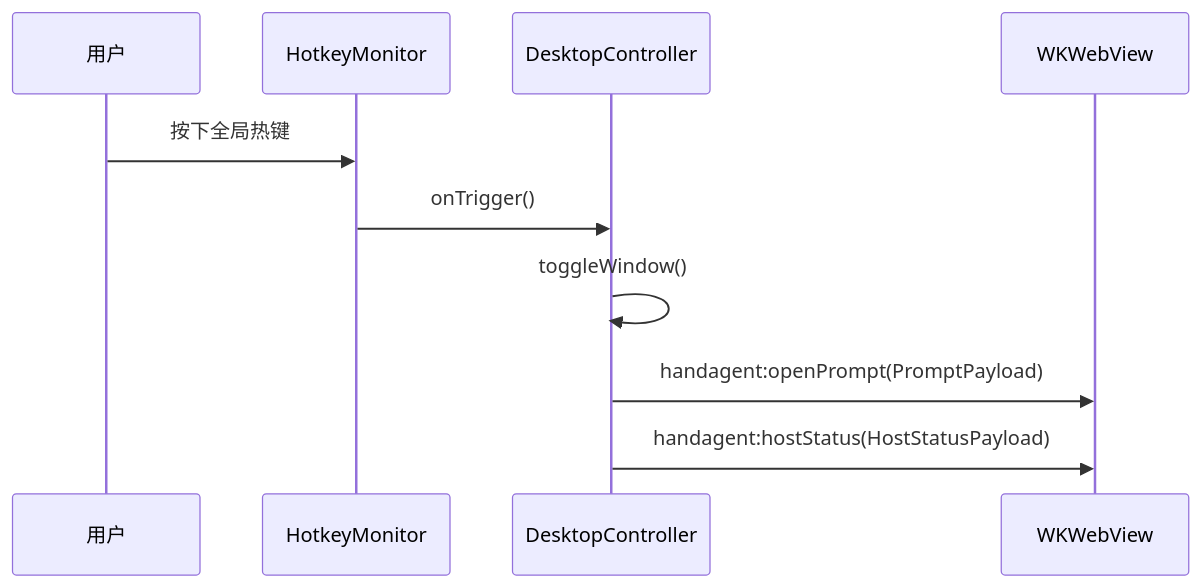
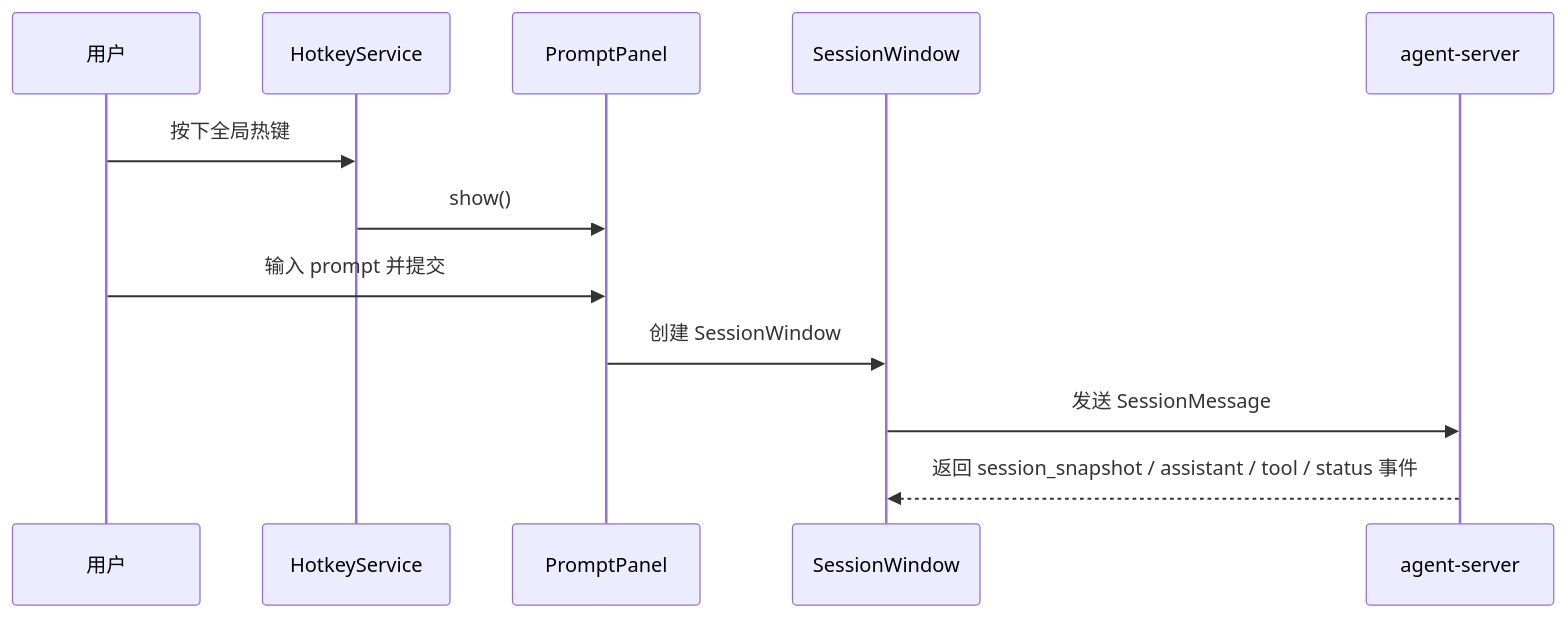
The diagram in apps/desktop/desktop.md (Lixuhang987/SpotAgent), drawn with Mermaid before and after one commit. The commit also changed other lines of this file and 26 other files, not shown here.

````diff
--- a/apps/desktop/desktop.md
+++ b/apps/desktop/desktop.md
@@ -22,13 +40,15 @@
 ```mermaid
 sequenceDiagram
   participant User as 用户
-  participant Hotkey as HotkeyMonitor
-  participant Host as DesktopController
-  participant Web as WKWebView
+  participant Hotkey as HotkeyService
+  participant Panel as PromptPanel
+  participant Window as SessionWindow
+  participant Server as agent-server
 
   User->>Hotkey: 按下全局热键
-  Hotkey->>Host: onTrigger()
-  Host->>Host: toggleWindow()
-  Host->>Web: handagent:openPrompt(PromptPayload)
-  Host->>Web: handagent:hostStatus(HostStatusPayload)
+  Hotkey->>Panel: show()
+  User->>Panel: 输入 prompt 并提交
+  Panel->>Window: 创建 SessionWindow
+  Window->>Server: 发送 SessionMessage
+  Server-->>Window: 返回 session_snapshot / assistant / tool / status 事件
 ```
````
